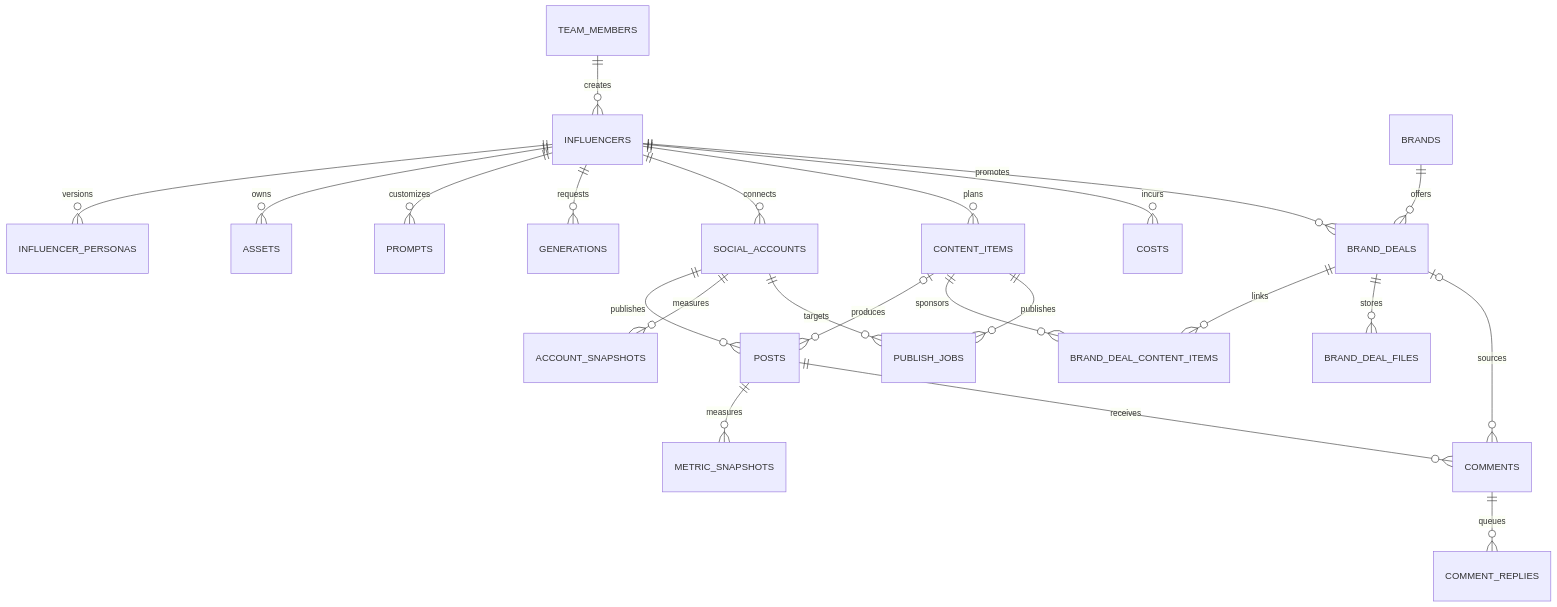
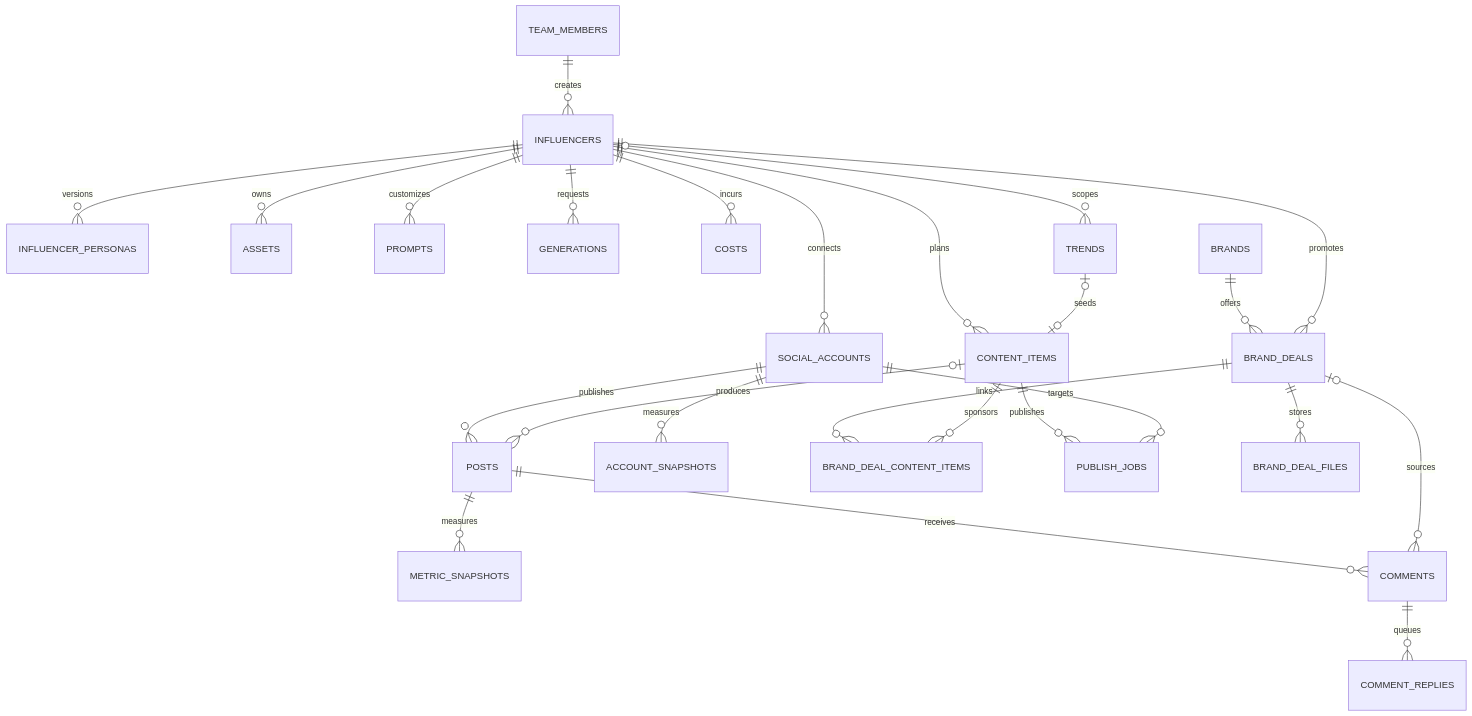
The diagram in docs/data-model.md (EBALCW/ai-influencer), drawn with Mermaid before and after one commit. The commit also changed other lines of this file and 27 other files, not shown here.

````diff
--- a/docs/data-model.md
+++ b/docs/data-model.md
@@ -7,25 +7,27 @@
 ```mermaid
 erDiagram
   TEAM_MEMBERS ||--o{ INFLUENCERS : creates
   INFLUENCERS ||--o{ INFLUENCER_PERSONAS : versions
   INFLUENCERS ||--o{ ASSETS : owns
   INFLUENCERS ||--o{ PROMPTS : customizes
   INFLUENCERS ||--o{ GENERATIONS : requests
   INFLUENCERS ||--o{ SOCIAL_ACCOUNTS : connects
   INFLUENCERS ||--o{ CONTENT_ITEMS : plans
   SOCIAL_ACCOUNTS ||--o{ POSTS : publishes
   CONTENT_ITEMS o|--o{ POSTS : produces
   POSTS ||--o{ METRIC_SNAPSHOTS : measures
   SOCIAL_ACCOUNTS ||--o{ ACCOUNT_SNAPSHOTS : measures
   INFLUENCERS ||--o{ COSTS : incurs
   BRANDS ||--o{ BRAND_DEALS : offers
   INFLUENCERS ||--o{ BRAND_DEALS : promotes
   BRAND_DEALS ||--o{ BRAND_DEAL_CONTENT_ITEMS : links
   CONTENT_ITEMS ||--o{ BRAND_DEAL_CONTENT_ITEMS : sponsors
   CONTENT_ITEMS ||--o{ PUBLISH_JOBS : publishes
   SOCIAL_ACCOUNTS ||--o{ PUBLISH_JOBS : targets
   BRAND_DEALS ||--o{ BRAND_DEAL_FILES : stores
   POSTS ||--o{ COMMENTS : receives
   COMMENTS ||--o{ COMMENT_REPLIES : queues
   BRAND_DEALS o|--o{ COMMENTS : sources
+  INFLUENCERS o|--o{ TRENDS : scopes
+  TRENDS o|--o| CONTENT_ITEMS : seeds
 ```
````
